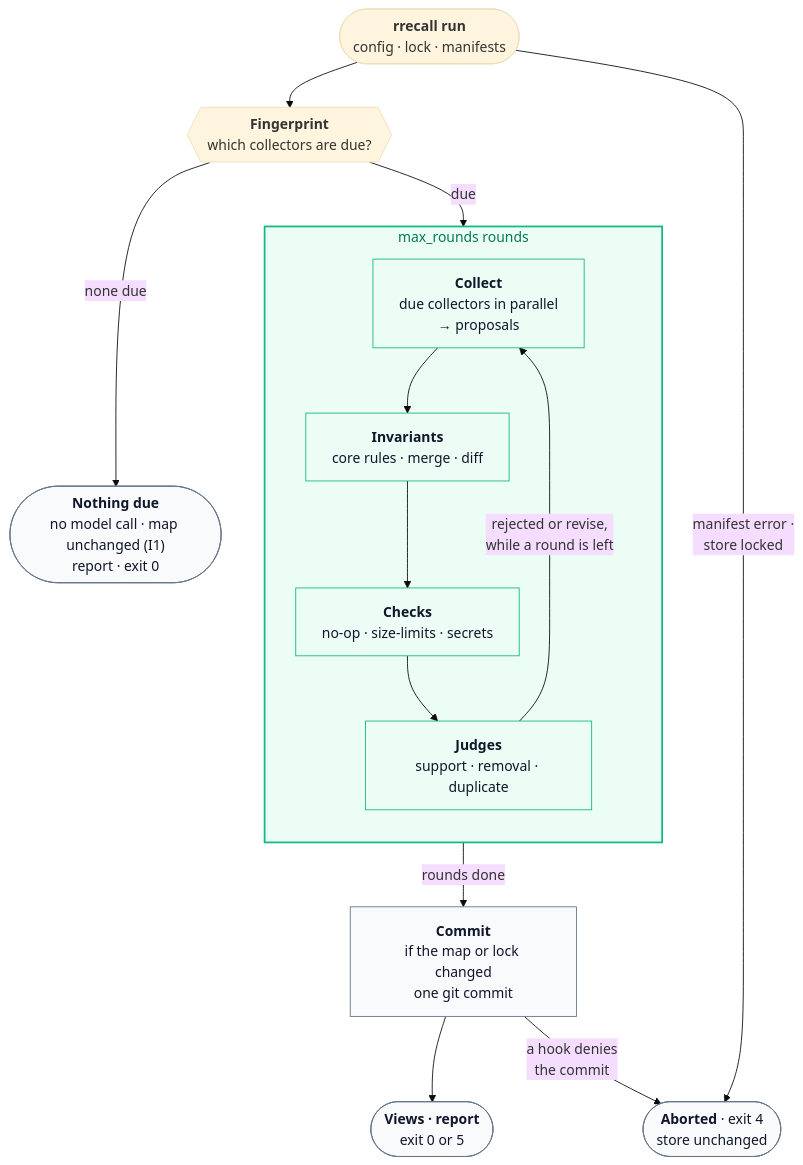
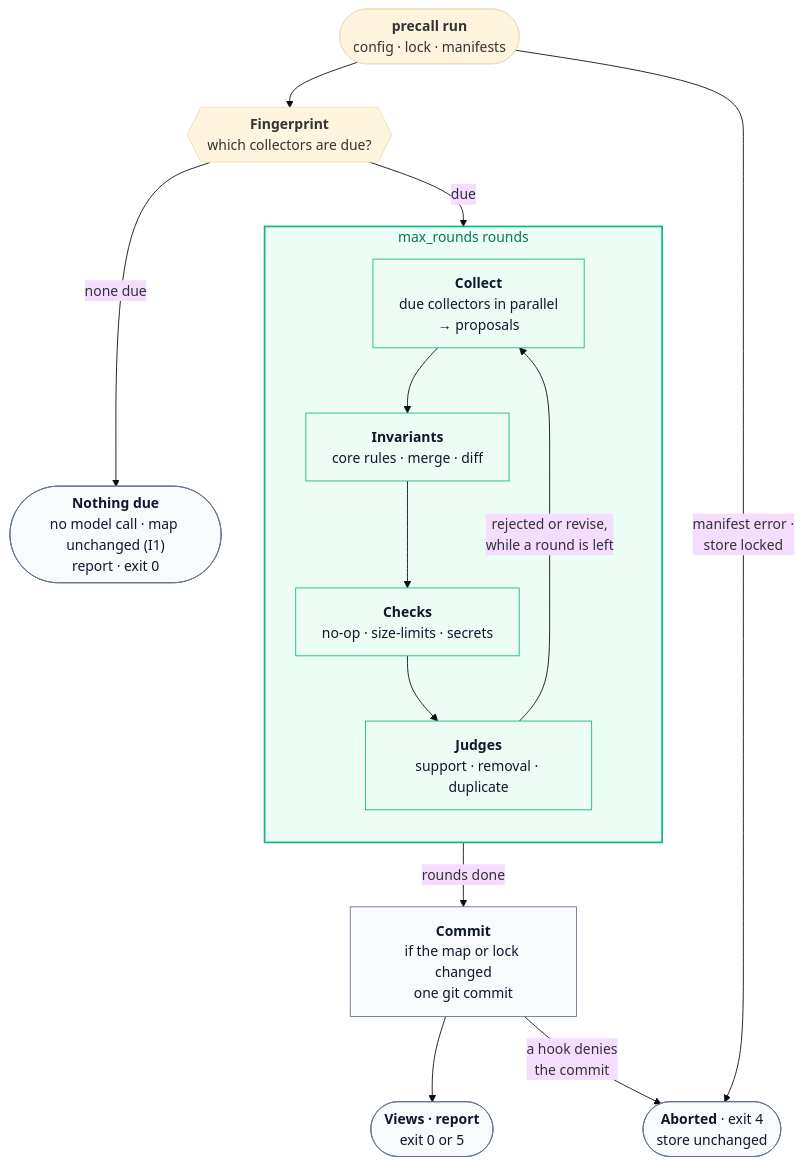
The diagram in README.md (decadance-dance/precall), drawn with Mermaid (base theme) before and after one commit. The commit also changed other lines of this file and 54 other files, not shown here.

Commit message:
Rename rrecall to precall (Project Recall)

````diff
--- a/README.md
+++ b/README.md
@@ -258,32 +251,32 @@
 ```mermaid
 flowchart TB
-    load(["<b>rrecall run</b><br/>config · lock · manifests"])
+    load(["<b>precall run</b><br/>config · lock · manifests"])
     fp{{"<b>Fingerprint</b><br/>which collectors are due?"}}
     idle(["<b>Nothing due</b><br/>no model call · map unchanged (I1)<br/>report · exit 0"])
     abort(["<b>Aborted</b> · exit 4<br/>store unchanged"])
 
     subgraph round["max_rounds rounds"]
         direction TB
         collect["<b>Collect</b><br/>due collectors in parallel<br/>→ proposals"]
         core["<b>Invariants</b><br/>core rules · merge · diff"]
         checks["<b>Checks</b><br/>no-op · size-limits · secrets"]
         judges["<b>Judges</b><br/>support · removal · duplicate"]
     end
 
     commit["<b>Commit</b><br/>if the map or lock changed<br/>one git commit"]
     view(["<b>Views · report</b><br/>exit 0 or 5"])
 
     load --> fp
     load -- "manifest error ·<br/>store locked" --> abort
     fp -- "none due" --> idle
     fp -- "due" --> collect --> core --> checks --> judges
     judges -- "rejected or revise,<br/>while a round is left" --> collect
     judges -- "rounds done" --> commit --> view
     commit -- "a hook denies<br/>the commit" --> abort
 
     classDef accent fill:#ecfdf5,stroke:#10b981,color:#0f172a
     classDef verdict fill:#f8fafc,stroke:#64748b,color:#0f172a
     class collect,core,checks,judges accent
     class commit,view,idle,abort verdict
     style round fill:#ecfdf5,stroke:#10b981,stroke-width:2px,color:#047857
 ```
````
